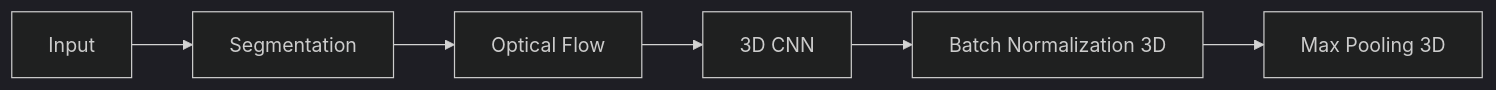
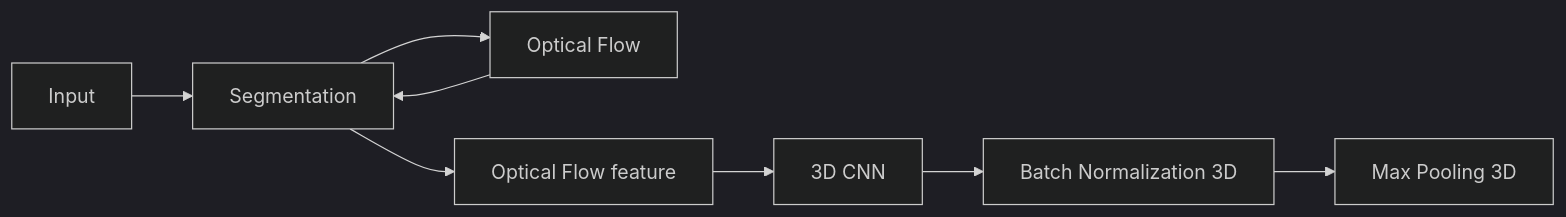
One commit to ChenKaiXuSan/Two_Stream_PyTorch changed the diagram in docs/optical_flow.md. Above: the diagram before and after it, drawn with Mermaid (dark theme). The commit also changed other lines of this file and 8 other files, not shown here.

````diff
--- a/docs/optical_flow.md
+++ b/docs/optical_flow.md
@@ -35,8 +93,10 @@
 ```mermaid
 graph LR
     A[Input] --> B[Segmentation]
     B --> C[Optical Flow]
-    C --> D[3D CNN]
-    D --> E[Batch Normalization 3D]
-    E --> F[Max Pooling 3D]
+    C --> B
+    B --> D[Optical Flow feature]
+    D --> E[3D CNN]
+    E --> F[Batch Normalization 3D]
+    F --> G[Max Pooling 3D]
 ```
````
